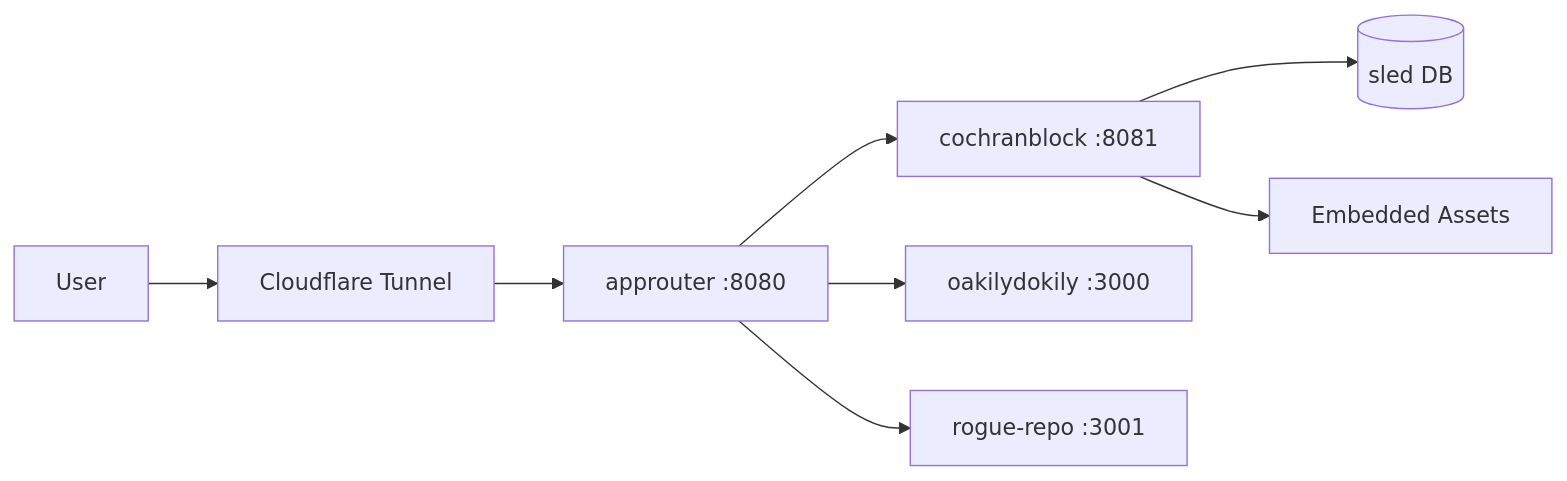
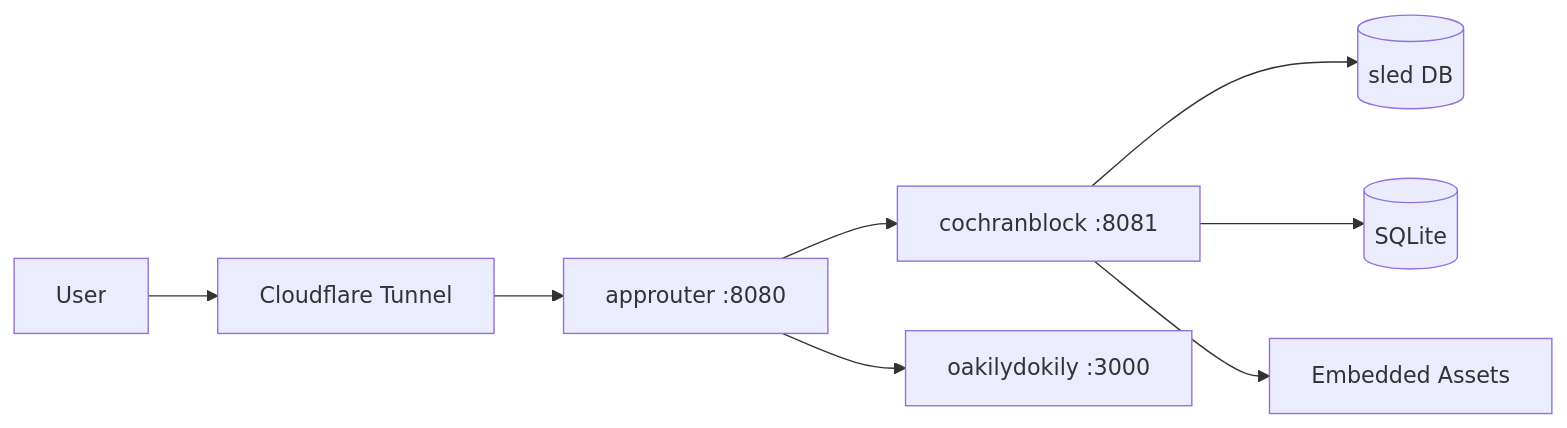
The diagram in PROOF_OF_ARTIFACTS.md (cochranblock/cochranblock), drawn with Mermaid before and after one commit. The commit also changed other lines of this file and 3 other files, not shown here.

````diff
--- a/PROOF_OF_ARTIFACTS.md
+++ b/PROOF_OF_ARTIFACTS.md
@@ -11,10 +11,10 @@
 ```mermaid
 flowchart LR
     User[User] --> CF[Cloudflare Tunnel]
     CF --> AR[approuter :8080]
     AR --> CB[cochranblock :8081]
     AR --> OD[oakilydokily :3000]
-    AR --> RR[rogue-repo :3001]
     CB --> Sled[(sled DB)]
+    CB --> SQLite[(SQLite)]
     CB --> Assets[Embedded Assets]
 ```
````
